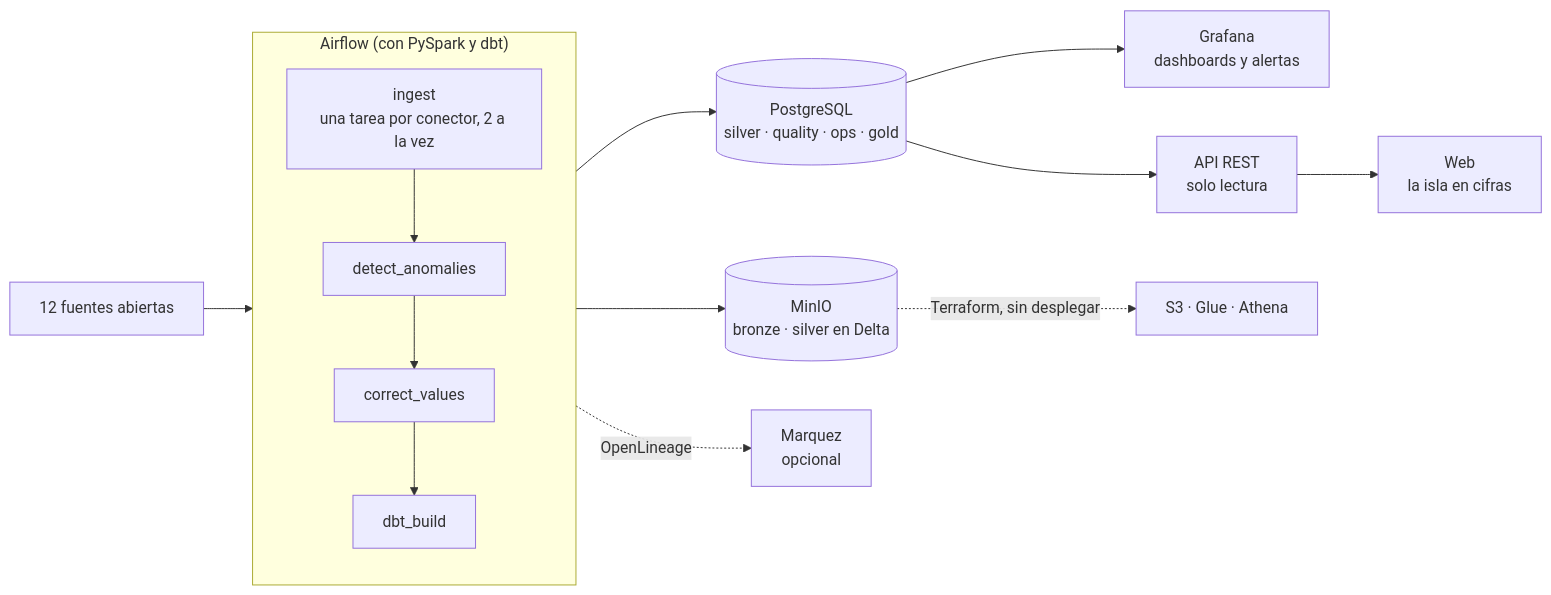
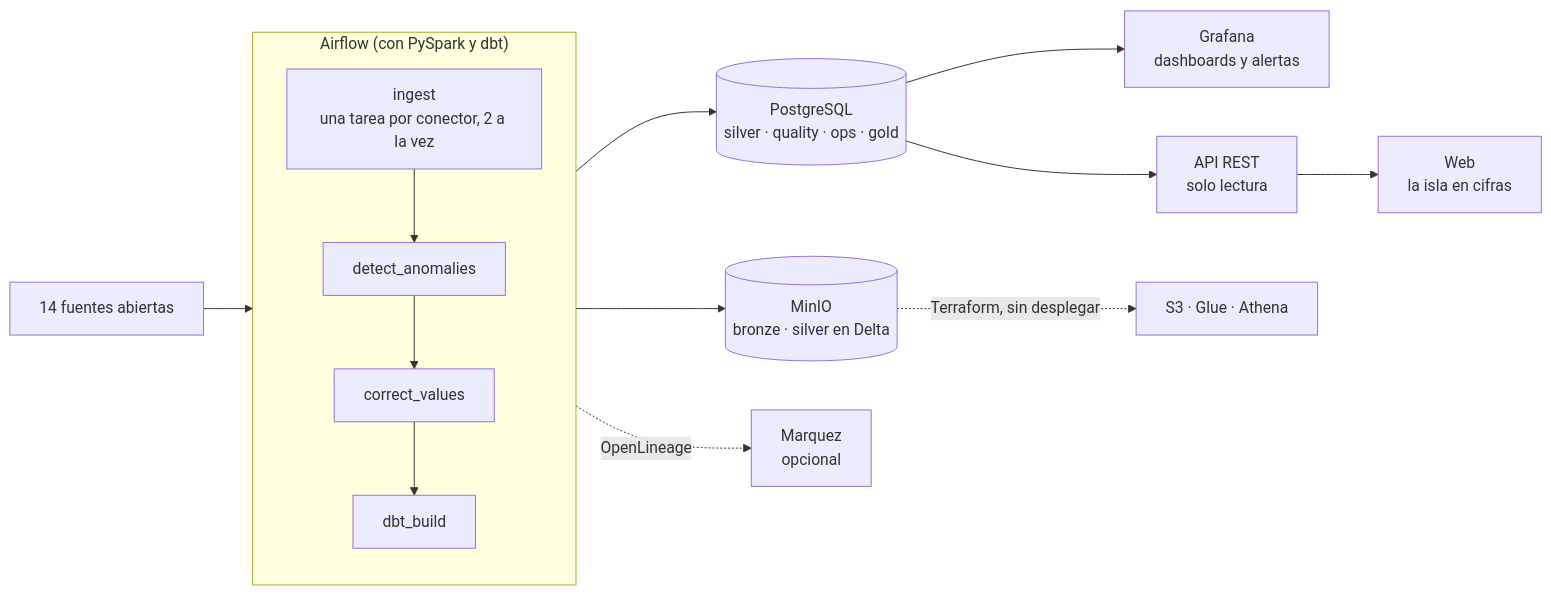
Before and after one commit to AlexandreColl/MallorcaDataPlatform: the first of 2 diagrams in docs/architecture.md, drawn with Mermaid. The commit also changed 8 other files, not shown here.

First line of the commit message:
📝 docs: architecture diagram in light and dark, and fourteen sources

````diff
--- a/docs/architecture.md
+++ b/docs/architecture.md
@@ -28,14 +28,14 @@
 ```mermaid
 flowchart LR
-    SRC["12 fuentes abiertas"] --> AF
+    SRC["14 fuentes abiertas"] --> AF
     subgraph AF["Airflow (con PySpark y dbt)"]
         direction TB
         ING["ingest<br/>una tarea por conector, 2 a la vez"] --> DET[detect_anomalies] --> COR[correct_values] --> DBT[dbt_build]
     end
     AF --> MINIO[("MinIO<br/>bronze · silver en Delta")]
     AF --> PG[("PostgreSQL<br/>silver · quality · ops · gold")]
     PG --> GF["Grafana<br/>dashboards y alertas"]
     PG --> API["API REST<br/>solo lectura"] --> WEB["Web<br/>la isla en cifras"]
     AF -.->|OpenLineage| MQ["Marquez<br/>opcional"]
     MINIO -.->|"Terraform, sin desplegar"| AWS["S3 · Glue · Athena"]
 ```
````
